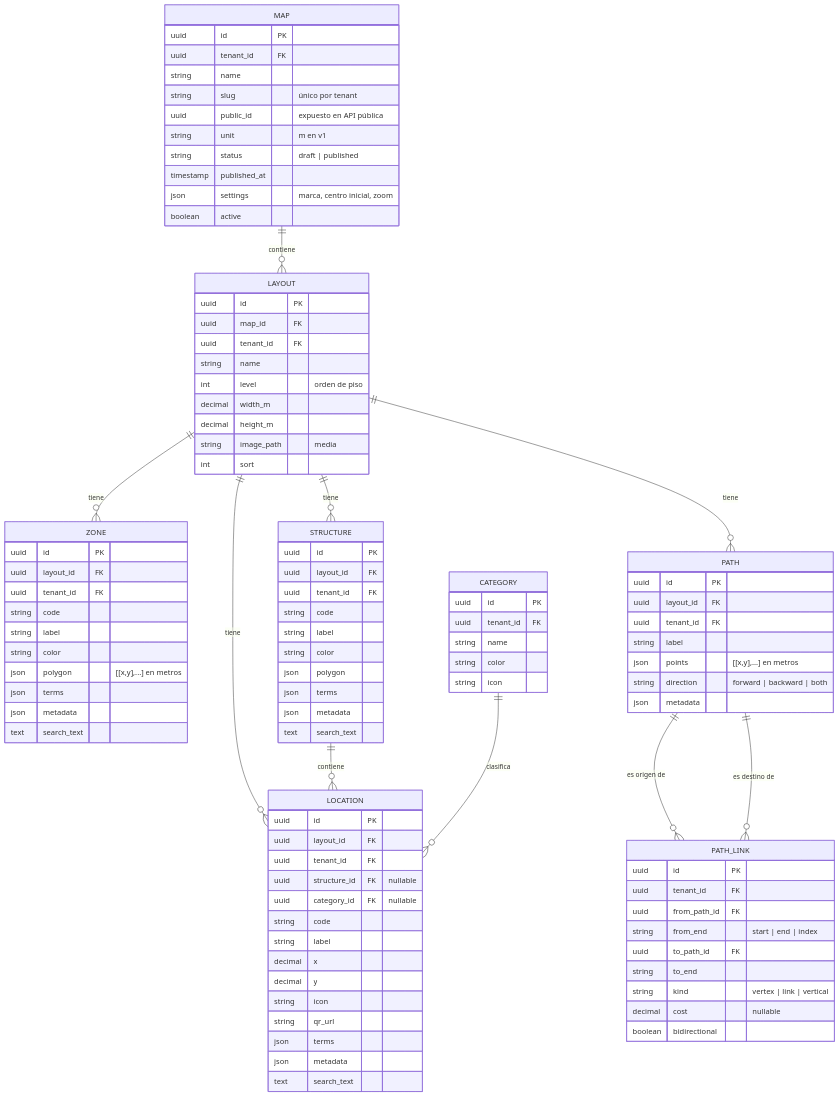
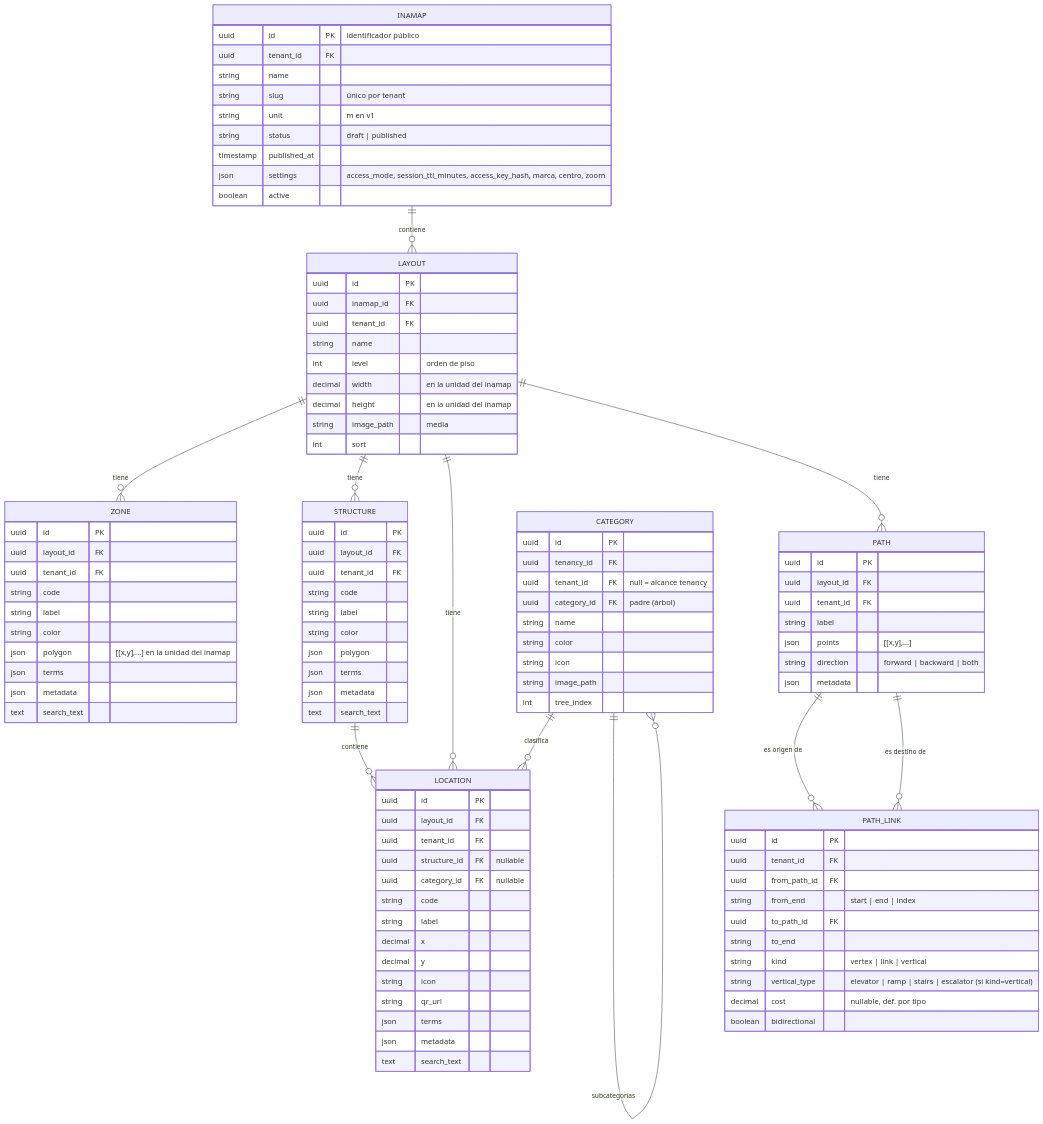
Before and after one commit to farandal/inamap-backend-domain: the ninth of 21 diagrams in README.md, drawn with Mermaid. The commit also changed other lines of this file, not shown here.

First line of the commit message:
docs: finalize INAMAP domain specification

````diff
--- a/README.md
+++ b/README.md
@@ -767,35 +880,35 @@
 ```mermaid
 erDiagram
-    MAP ||--o{ LAYOUT : "contiene"
+    INAMAP ||--o{ LAYOUT : "contiene"
     LAYOUT ||--o{ ZONE : "tiene"
     LAYOUT ||--o{ STRUCTURE : "tiene"
     LAYOUT ||--o{ LOCATION : "tiene"
     LAYOUT ||--o{ PATH : "tiene"
     STRUCTURE ||--o{ LOCATION : "contiene"
     CATEGORY ||--o{ LOCATION : "clasifica"
+    CATEGORY ||--o{ CATEGORY : "subcategorías"
     PATH ||--o{ PATH_LINK : "es origen de"
     PATH ||--o{ PATH_LINK : "es destino de"
 
-    MAP {
-        uuid id PK
+    INAMAP {
+        uuid id PK "identificador público"
         uuid tenant_id FK
         string name
         string slug "único por tenant"
-        uuid public_id "expuesto en API pública"
         string unit "m en v1"
         string status "draft | published"
         timestamp published_at
-        json settings "marca, centro inicial, zoom"
+        json settings "access_mode, session_ttl_minutes, access_key_hash, marca, centro, zoom"
         boolean active
     }
     LAYOUT {
         uuid id PK
-        uuid map_id FK
+        uuid inamap_id FK
         uuid tenant_id FK
         string name
         int level "orden de piso"
-        decimal width_m
-        decimal height_m
+        decimal width "en la unidad del inamap"
+        decimal height "en la unidad del inamap"
         string image_path "media"
         int sort
     }
@@ -806,7 +919,7 @@
         string code
         string label
         string color
-        json polygon "[[x,y],...] en metros"
+        json polygon "[[x,y],...] en la unidad del inamap"
         json terms
         json metadata
         text search_text
@@ -825,10 +938,14 @@
     }
     CATEGORY {
         uuid id PK
-        uuid tenant_id FK
+        uuid tenancy_id FK
+        uuid tenant_id FK "null = alcance tenancy"
+        uuid category_id FK "padre (árbol)"
         string name
         string color
         string icon
+        string image_path
+        int tree_index
     }
     LOCATION {
         uuid id PK
@@ -851,7 +968,7 @@
         uuid layout_id FK
         uuid tenant_id FK
         string label
-        json points "[[x,y],...] en metros"
+        json points "[[x,y],...]"
         string direction "forward | backward | both"
         json metadata
     }
@@ -863,7 +980,8 @@
         uuid to_path_id FK
         string to_end
         string kind "vertex | link | vertical"
-        decimal cost "nullable"
+        string vertical_type "elevator | ramp | stairs | escalator (si kind=vertical)"
+        decimal cost "nullable, def. por tipo"
         boolean bidirectional
     }
 ```
````
